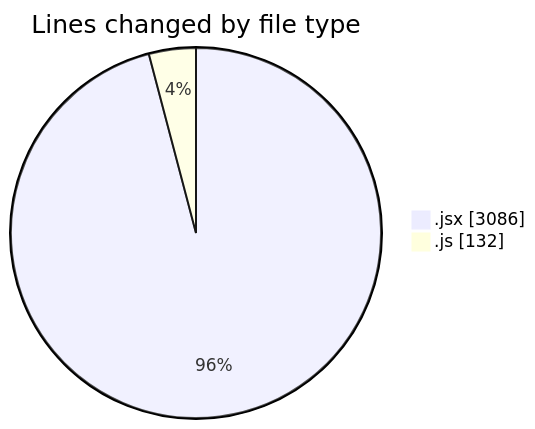
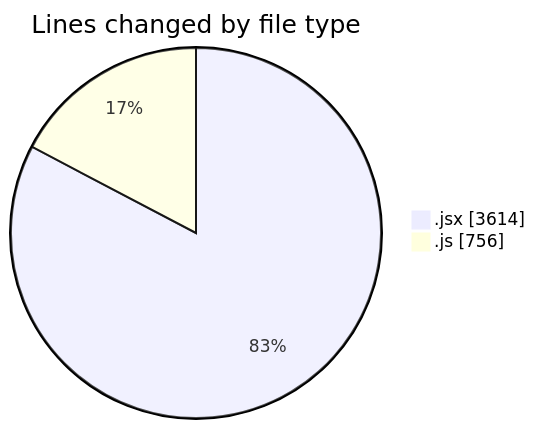
The first of 2 diagrams in 2025-08-03/nxtqube_webapp/README.md (nxtqubesakshisongat/code-tracking), drawn with Mermaid before and after one commit. The commit also changed other lines of this file and 1 other file, not shown here.

````diff
--- a/2025-08-03/nxtqube_webapp/README.md
+++ b/2025-08-03/nxtqube_webapp/README.md
@@ -27,6 +29,6 @@
 ```mermaid
 pie showData
 title Lines changed by file type
-".jsx" : 3086
-".js" : 132
+".jsx" : 3614
+".js" : 756
 ```
````
